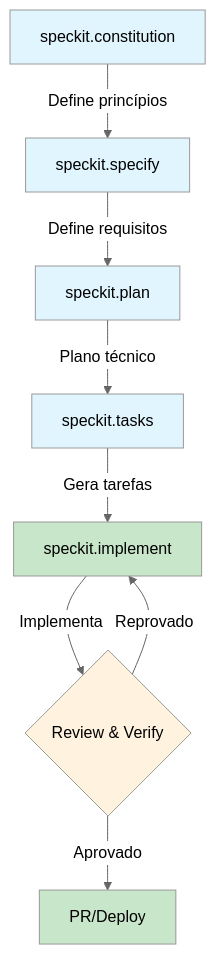
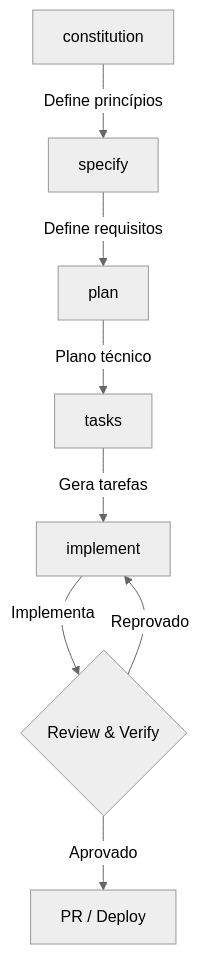
The first of 9 diagrams in README.md (wagner-sousa/spec-kit-docker), drawn with Mermaid (neutral theme) before and after one commit. The commit also changed other lines of this file, not shown here.

````diff
--- a/README.md
+++ b/README.md
@@ -44,18 +54,10 @@
 ```mermaid
 graph TD
-    A[speckit.constitution] -->|Define princípios| B[speckit.specify]
-    B -->|Define requisitos| C[speckit.plan]
-    C -->|Plano técnico| D[speckit.tasks]
-    D -->|Gera tarefas| E[speckit.implement]
+    A[constitution] -->|Define princípios| B[specify]
+    B -->|Define requisitos| C[plan]
+    C -->|Plano técnico| D[tasks]
+    D -->|Gera tarefas| E[implement]
     E -->|Implementa| F{Review & Verify}
-    F -->|Aprovado| G[PR/Deploy]
+    F -->|Aprovado| G[PR / Deploy]
     F -->|Reprovado| E
-
-    style A fill:#e1f5fe
-    style B fill:#e1f5fe
-    style C fill:#e1f5fe
-    style D fill:#e1f5fe
-    style E fill:#c8e6c9
-    style F fill:#fff3e0
-    style G fill:#c8e6c9
 ```
````
